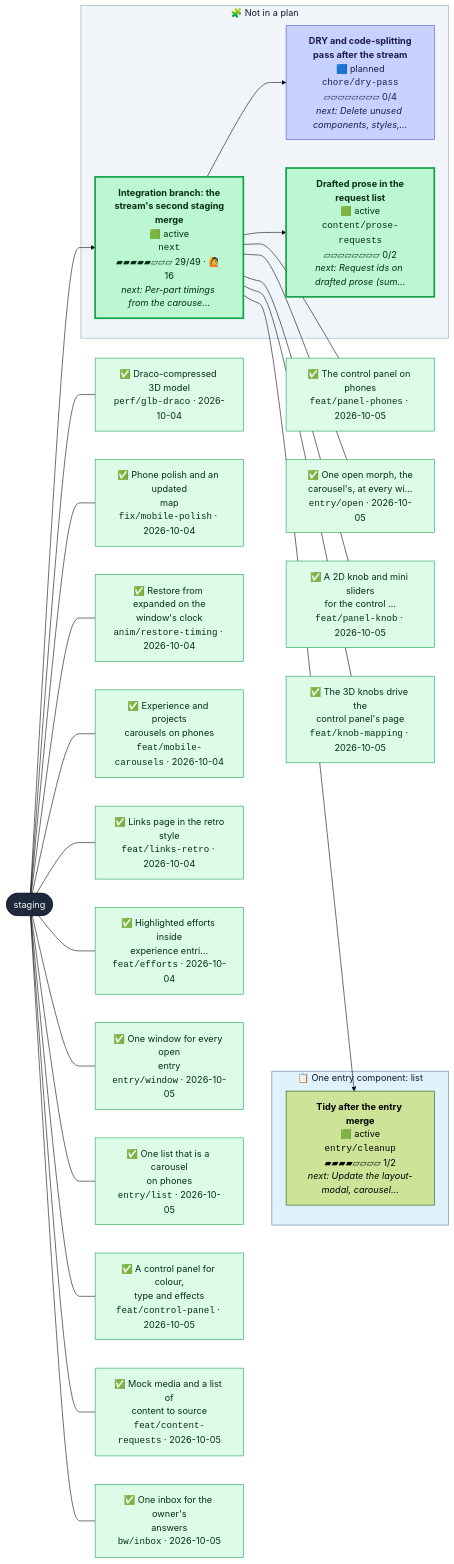
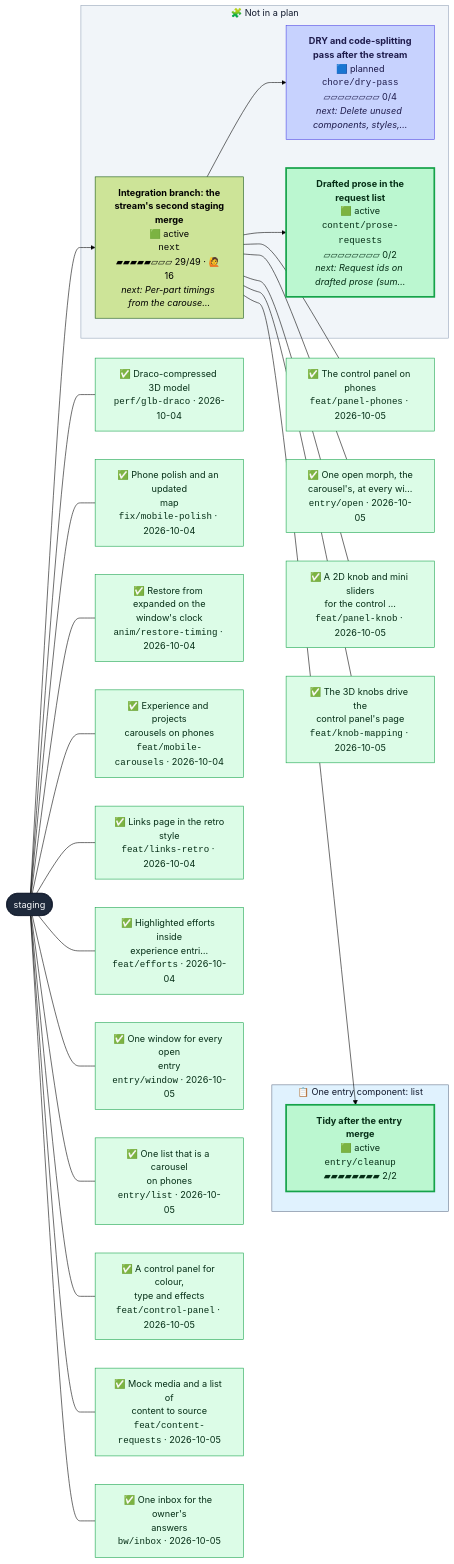
The second of 2 diagrams in CONTRIBUTING.md (henryjonescodes/portfolio), drawn with Mermaid (forest theme) before and after one commit. The commit also changed other lines of this file, not shown here.

````diff
--- a/CONTRIBUTING.md
+++ b/CONTRIBUTING.md
@@ -72,77 +69,77 @@
 ```mermaid
 flowchart LR
   n_staging([staging])
   class n_staging trunk
   subgraph plan_0["📋 One entry component: list"]
-    n_entry_cleanup["<b>Tidy after the entry merge</b><br/>🟩 active<br/><code>entry/cleanup</code><br/>▰▰▰▰▱▱▱▱ 1/2<br/><i>next: Update the layout-modal, carousel…</i>"]
-    class n_entry_cleanup active,current
+    n_entry_cleanup["<b>Tidy after the entry merge</b><br/>🟩 active<br/><code>entry/cleanup</code><br/>▰▰▰▰▰▰▰▰ 2/2"]
+    class n_entry_cleanup active
   end
   style plan_0 fill:#e0f2fe,stroke:#64748b,color:#0f172a
   subgraph loose["🧩 Not in a plan"]
     n_chore_dry_pass["<b>DRY and code-splitting<br/>pass after the stream</b><br/>🟦 planned<br/><code>chore/dry-pass</code><br/>▱▱▱▱▱▱▱▱ 0/4<br/><i>next: Delete unused components, styles,…</i>"]
     class n_chore_dry_pass planned
     n_content_prose_requests["<b>Drafted prose in the<br/>request list</b><br/>🟩 active<br/><code>content/prose-requests</code><br/>▱▱▱▱▱▱▱▱ 0/2<br/><i>next: Request ids on drafted prose (sum…</i>"]
     class n_content_prose_requests active
     n_next["<b>Integration branch: the<br/>stream's second staging<br/>merge</b><br/>🟩 active<br/><code>next</code><br/>▰▰▰▰▰▱▱▱ 29/49 · 🙋 16<br/><i>next: Per-part timings from the carouse…</i>"]
-    class n_next active
+    class n_next active,current
   end
   style loose fill:#f1f5f9,stroke:#94a3b8,color:#0f172a
   n_next --> n_chore_dry_pass
   n_next --> n_content_prose_requests
   n_next --> n_entry_cleanup
   n_staging --> n_next
   landed_0["✅ Draco-compressed 3D model<br/><code>perf/glb-draco</code> · 2026-10-04"]
   class landed_0 merged
   n_staging --- landed_0
   landed_1["✅ Phone polish and an updated<br/>map<br/><code>fix/mobile-polish</code> · 2026-10-04"]
   class landed_1 merged
   n_staging --- landed_1
   landed_2["✅ Restore from expanded on the<br/>window's clock<br/><code>anim/restore-timing</code> · 2026-10-04"]
   class landed_2 merged
   n_staging --- landed_2
   landed_3["✅ Experience and projects<br/>carousels on phones<br/><code>feat/mobile-carousels</code> · 2026-10-04"]
   class landed_3 merged
   n_staging --- landed_3
   landed_4["✅ Links page in the retro<br/>style<br/><code>feat/links-retro</code> · 2026-10-04"]
   class landed_4 merged
   n_staging --- landed_4
   landed_5["✅ Highlighted efforts inside<br/>experience entri…<br/><code>feat/efforts</code> · 2026-10-04"]
   class landed_5 merged
   n_staging --- landed_5
   landed_6["✅ One window for every open<br/>entry<br/><code>entry/window</code> · 2026-10-05"]
   class landed_6 merged
   n_staging --- landed_6
   landed_7["✅ One list that is a carousel<br/>on phones<br/><code>entry/list</code> · 2026-10-05"]
   class landed_7 merged
   n_staging --- landed_7
   landed_8["✅ A control panel for colour,<br/>type and effects<br/><code>feat/control-panel</code> · 2026-10-05"]
   class landed_8 merged
   n_staging --- landed_8
   landed_9["✅ Mock media and a list of<br/>content to source<br/><code>feat/content-requests</code> · 2026-10-05"]
   class landed_9 merged
   n_staging --- landed_9
   landed_10["✅ One inbox for the owner's<br/>answers<br/><code>bw/inbox</code> · 2026-10-05"]
   class landed_10 merged
   n_staging --- landed_10
   landed_11["✅ The control panel on phones<br/><code>feat/panel-phones</code> · 2026-10-05"]
   class landed_11 merged
   n_next --- landed_11
   landed_12["✅ One open morph, the<br/>carousel's, at every wi…<br/><code>entry/open</code> · 2026-10-05"]
   class landed_12 merged
   n_next --- landed_12
   landed_13["✅ A 2D knob and mini sliders<br/>for the control …<br/><code>feat/panel-knob</code> · 2026-10-05"]
   class landed_13 merged
   n_next --- landed_13
   landed_14["✅ The 3D knobs drive the<br/>control panel's page<br/><code>feat/knob-mapping</code> · 2026-10-05"]
   class landed_14 merged
   n_next --- landed_14
   classDef merged fill:#dcfce7,stroke:#16a34a,color:#052e16
   classDef todo fill:#ffffff,stroke:#94a3b8,stroke-dasharray:2 2,color:#334155
   classDef planned fill:#c7d2fe,stroke:#4f46e5,color:#1e1b4b
   classDef sketched fill:#f8fafc,stroke:#64748b,stroke-dasharray:4 3,color:#334155
   classDef active fill:#bbf7d0,stroke:#16a34a,stroke-width:3px,color:#052e16
   classDef review fill:#fde68a,stroke:#d97706,stroke-width:3px,color:#451a03
   classDef blocked fill:#fecaca,stroke:#dc2626,stroke-width:3px,color:#450a0a
   classDef trunk fill:#1e293b,stroke:#0f172a,color:#f8fafc
   classDef current stroke:#0ea5e9,stroke-width:5px
 ```
````
